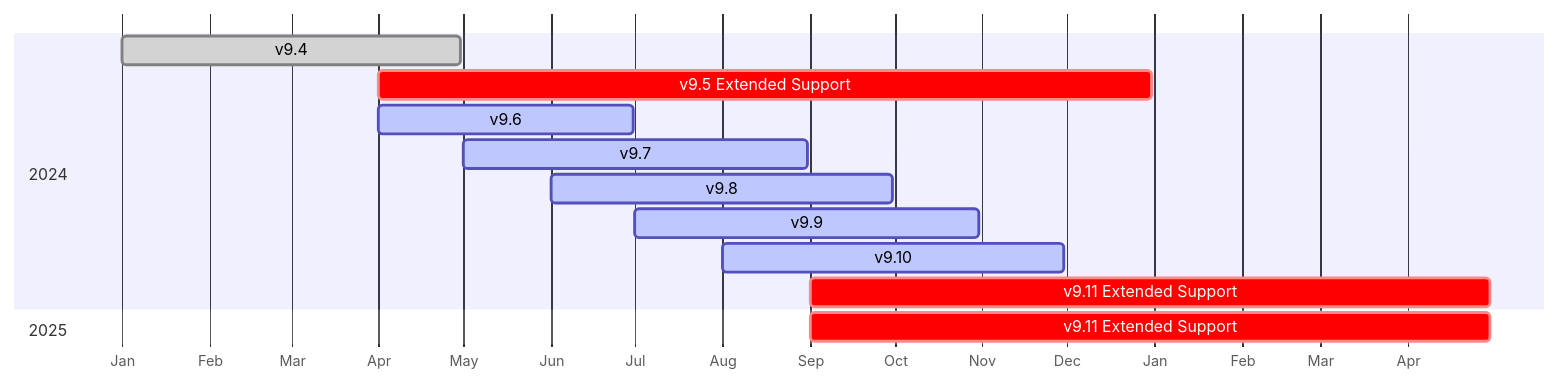
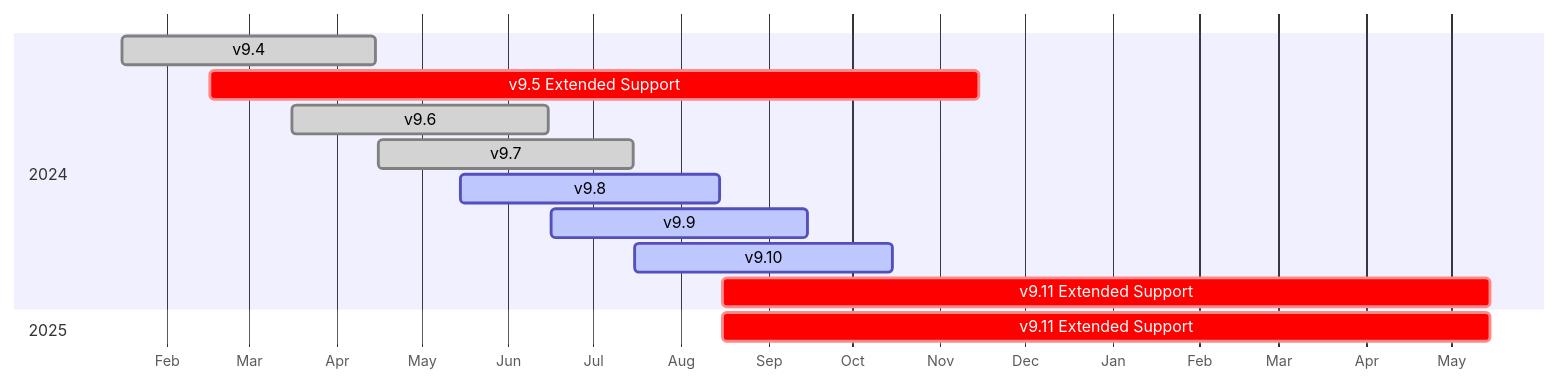
One commit to mattermost/docs changed the diagram in source/about/release-policy.md. Above: the diagram before and after it, drawn with Mermaid.

````diff
--- a/source/about/release-policy.md
+++ b/source/about/release-policy.md
@@ -50,19 +50,19 @@
 ```{mermaid}
 
 gantt
     dateFormat  YYYY-MM-DD
     axisFormat  %b
     
     section 2024
-    v9.4                   :done,    2024-01-01, 2024-04-30
-    v9.5 Extended Support  :crit,    2024-04-01, 2024-12-31
-    v9.6                   :active,  2024-04-01, 2024-06-30
-    v9.7                   :active,  2024-05-01, 2024-08-31
-    v9.8                   :active,  2024-06-01, 2024-09-30
-    v9.9                   :active,  2024-07-01, 2024-10-31
-    v9.10                  :active,  2024-08-01, 2024-11-30
-    v9.11 Extended Support :crit,    2024-09-01, 2025-04-30
+    v9.4                   :done,    2024-01-16, 2024-04-15
+    v9.5 Extended Support  :crit,    2024-02-16, 2024-11-15
+    v9.6                   :done,  2024-03-16, 2024-06-15
+    v9.7                   :done,  2024-04-16, 2024-07-15
+    v9.8                   :active,  2024-05-15, 2024-08-15
+    v9.9                   :active,  2024-06-16, 2024-09-15
+    v9.10                  :active,  2024-07-16, 2024-10-15
+    v9.11 Extended Support :crit,    2024-08-16, 2025-05-15
 
     section 2025
-    v9.11 Extended Support :crit,    2024-09-01, 2025-04-30
+    v9.11 Extended Support :crit,    2024-08-16, 2025-05-15
 ```
````
